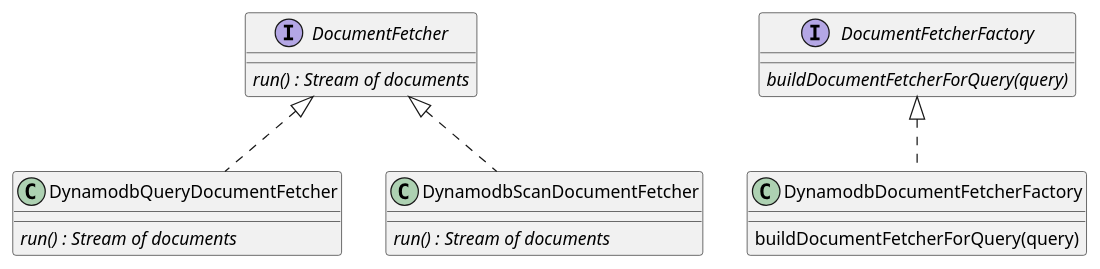
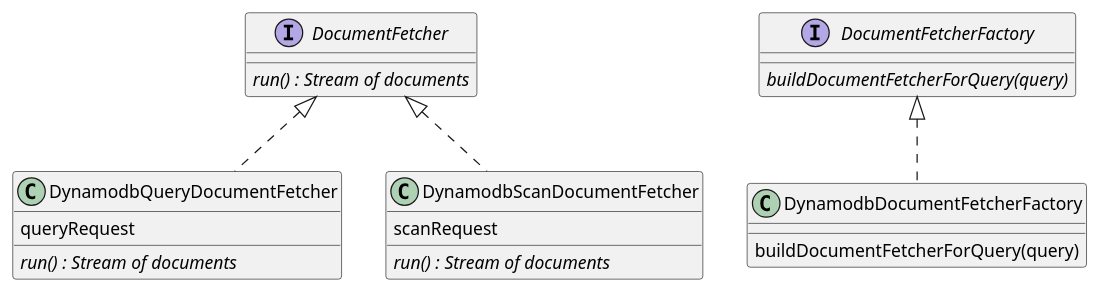
One commit to exasol/dynamodb-virtual-schema changed the diagram in doc/diagrams/documentFetcher.puml. Above: the diagram before and after it, drawn with PlantUML. The commit also changed 1 other file, not shown here.

Commit message:
updated diagram

```diff
--- a/doc/diagrams/documentFetcher.puml
+++ b/doc/diagrams/documentFetcher.puml
@@ -1,25 +1,28 @@
 @startuml
 
 interface DocumentFetcher{
 {abstract} run() : Stream of documents
 }
 
 interface DocumentFetcherFactory{
 {abstract} buildDocumentFetcherForQuery(query)
 }
 
 class DynamodbQueryDocumentFetcher{
+queryRequest
 {abstract} run() : Stream of documents
 }
+
 class DynamodbScanDocumentFetcher{
+scanRequest
 {abstract} run() : Stream of documents
 }
 
 class DynamodbDocumentFetcherFactory{
 buildDocumentFetcherForQuery(query)
 }
 DocumentFetcher <|.. DynamodbQueryDocumentFetcher
 DocumentFetcher <|.. DynamodbScanDocumentFetcher
 DocumentFetcherFactory <|.. DynamodbDocumentFetcherFactory
 
 @enduml
```
